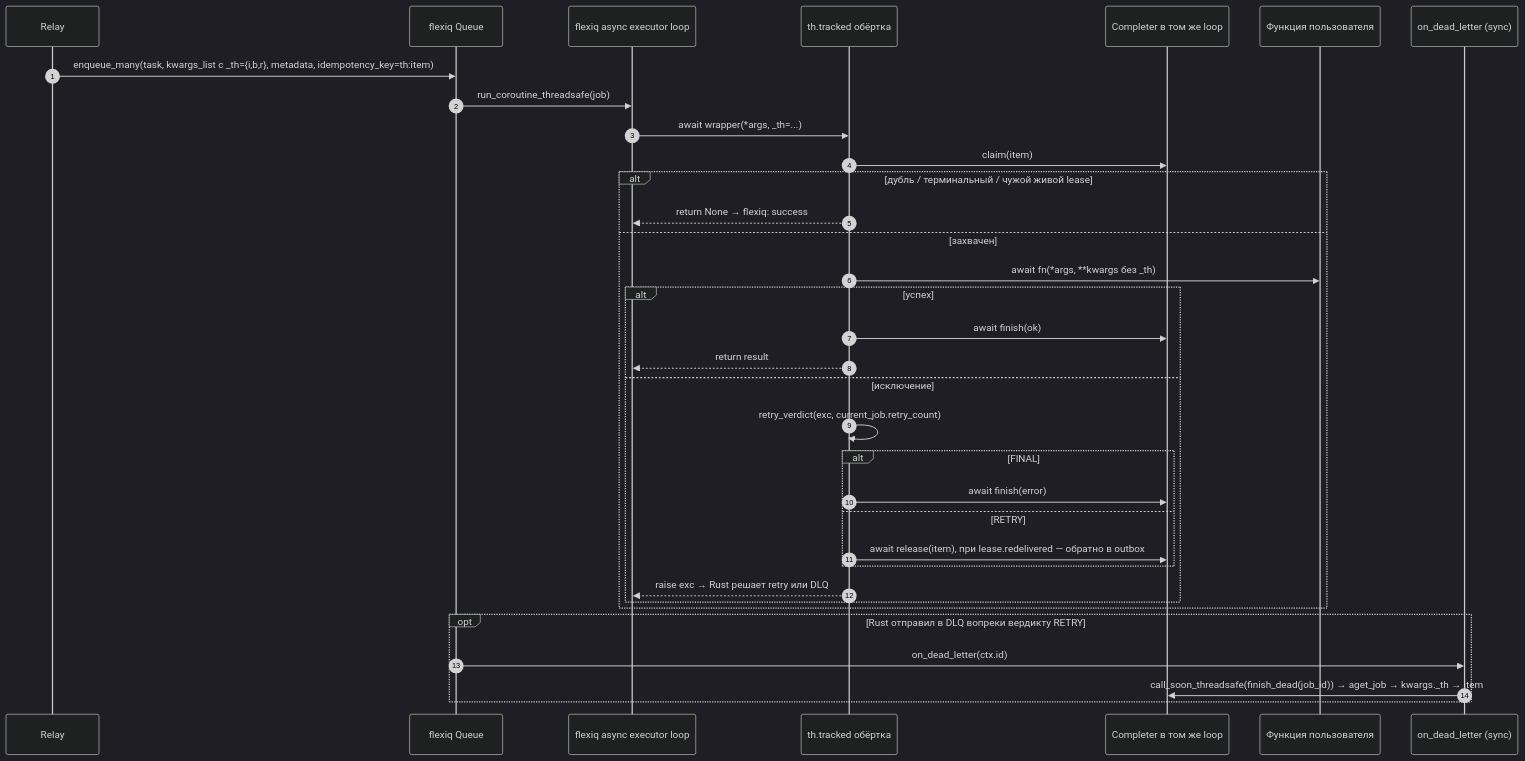
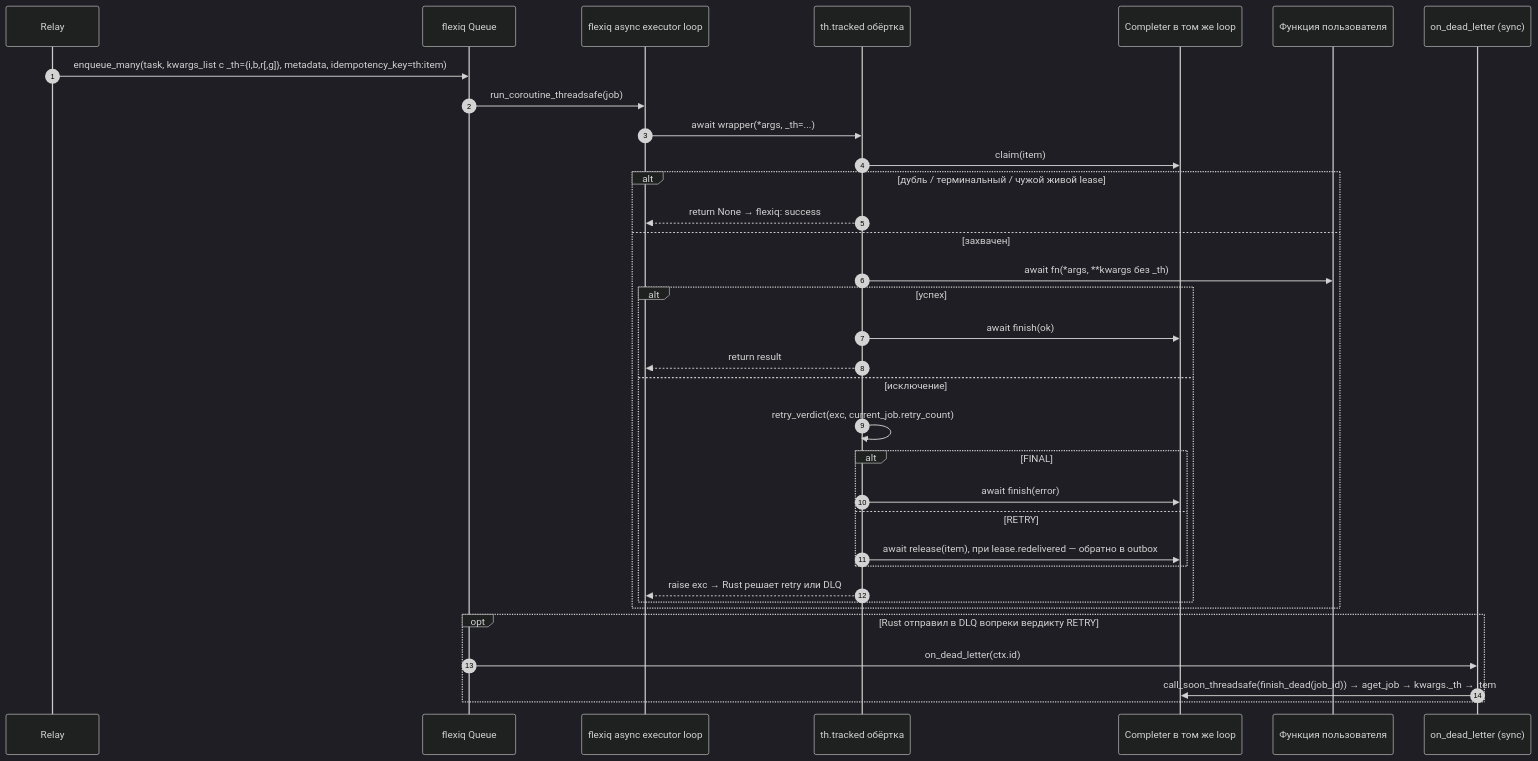
Before and after one commit to 0cherednoq/Tallyho: diagram 32 of 40 in docs/ARCHITECTURE.md, drawn with Mermaid (dark theme). The commit also changed other lines of this file, not shown here.

First line of the commit message:
Fix-6: описать сверку с DLQ и поколение отправки Item

````diff
--- a/docs/ARCHITECTURE.md
+++ b/docs/ARCHITECTURE.md
@@ -1556,37 +1619,37 @@
 ```mermaid
 sequenceDiagram
     autonumber
     participant R as Relay
     participant Q as flexiq Queue
     participant X as flexiq async executor loop
     participant W as th.tracked обёртка
     participant C as Completer в том же loop
     participant F as Функция пользователя
     participant H as on_dead_letter (sync)
 
-    R->>Q: enqueue_many(task, kwargs_list с _th={i,b,r}, metadata, idempotency_key=th:item)
+    R->>Q: enqueue_many(task, kwargs_list с _th={i,b,r[,g]}, metadata, idempotency_key=th:item)
     Q->>X: run_coroutine_threadsafe(job)
     X->>W: await wrapper(*args, _th=...)
     W->>C: claim(item)
     alt дубль / терминальный / чужой живой lease
         W-->>X: return None → flexiq: success
     else захвачен
         W->>F: await fn(*args, **kwargs без _th)
         alt успех
             W->>C: await finish(ok)
             W-->>X: return result
         else исключение
             W->>W: retry_verdict(exc, current_job.retry_count)
             alt FINAL
                 W->>C: await finish(error)
             else RETRY
                 W->>C: await release(item), при lease.redelivered — обратно в outbox
             end
             W-->>X: raise exc → Rust решает retry или DLQ
         end
     end
     opt Rust отправил в DLQ вопреки вердикту RETRY
         Q->>H: on_dead_letter(ctx.id)
         H->>C: call_soon_threadsafe(finish_dead(job_id)) → aget_job → kwargs._th → item
     end
 ```
````
